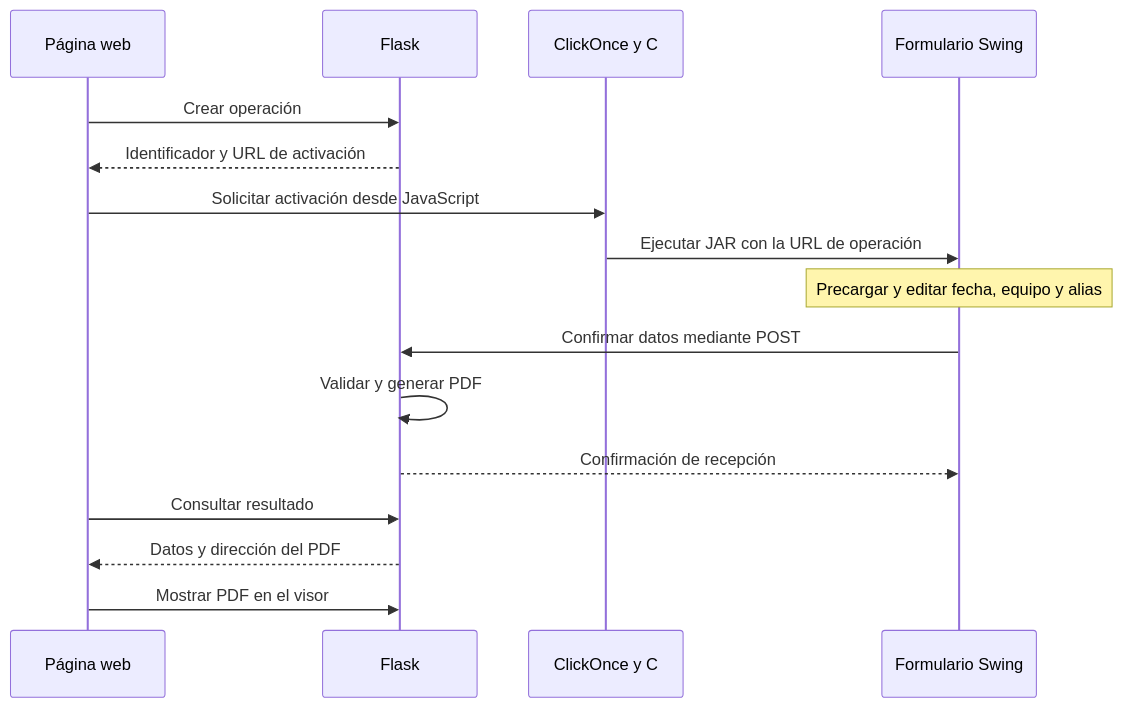
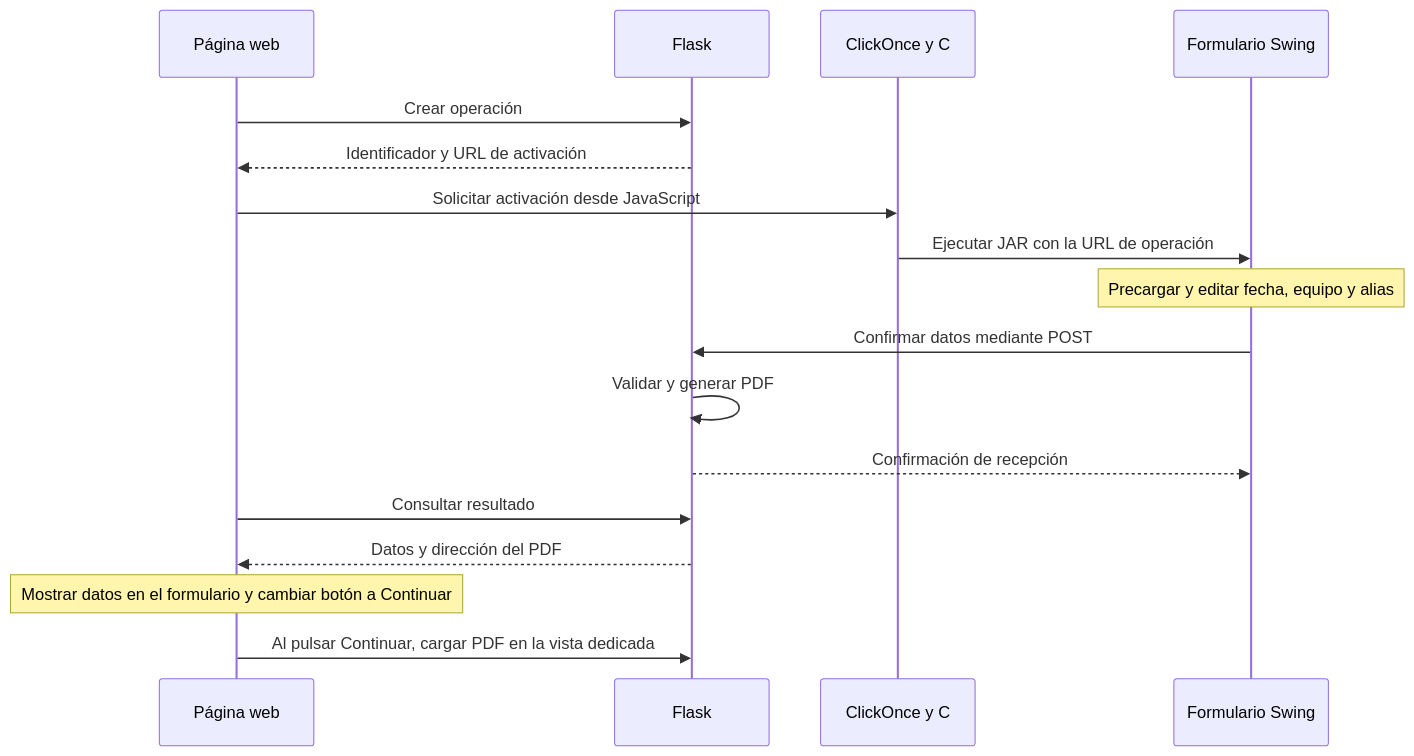
One commit to necmc/playwright-desktop changed the diagram in docs/documentacion-tecnica.md. Above: the diagram before and after it, drawn with Mermaid. The commit also changed other lines of this file and 21 other files, not shown here.

Commit message:
feat(demo): añadir vista PDF dedicada y reorganizar estructura POM

````diff
--- a/docs/documentacion-tecnica.md
+++ b/docs/documentacion-tecnica.md
@@ -21,18 +21,19 @@
 ```mermaid
 sequenceDiagram
     participant Web as Página web
     participant Server as Flask
     participant Launcher as ClickOnce y C#
     participant Java as Formulario Swing
     Web->>Server: Crear operación
     Server-->>Web: Identificador y URL de activación
     Web->>Launcher: Solicitar activación desde JavaScript
     Launcher->>Java: Ejecutar JAR con la URL de operación
     Note over Java: Precargar y editar fecha, equipo y alias
     Java->>Server: Confirmar datos mediante POST
     Server->>Server: Validar y generar PDF
     Server-->>Java: Confirmación de recepción
     Web->>Server: Consultar resultado
     Server-->>Web: Datos y dirección del PDF
-    Web->>Server: Mostrar PDF en el visor
+    Note over Web: Mostrar datos en el formulario y cambiar botón a Continuar
+    Web->>Server: Al pulsar Continuar, cargar PDF en la vista dedicada
 ```
````
